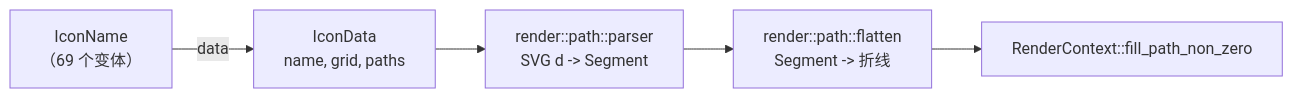
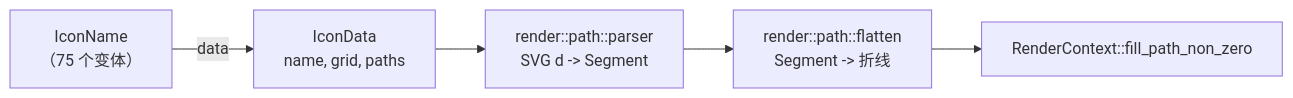
Before and after one commit to mikewolfli/rust-widgets: the sixth of 6 diagrams in cookbook/zh-CN/src/chapters/architecture.md, drawn with Mermaid. The commit also changed other lines of this file and 139 other files, not shown here.

````diff
--- a/cookbook/zh-CN/src/chapters/architecture.md
+++ b/cookbook/zh-CN/src/chapters/architecture.md
@@ -886,13 +886,13 @@
 ```mermaid
 graph LR
-    ENUM["IconName<br/>（69 个变体）"]
+    ENUM["IconName<br/>（75 个变体）"]
     DATA["IconData<br/>name, grid, paths"]
     PARSE["render::path::parser<br/>SVG d -> Segment"]
     FLAT["render::path::flatten<br/>Segment -> 折线"]
     FILL["RenderContext::fill_path_non_zero"]
 
     ENUM -->|data| DATA
     DATA --> PARSE
     PARSE --> FLAT
     FLAT --> FILL
 ```
````
